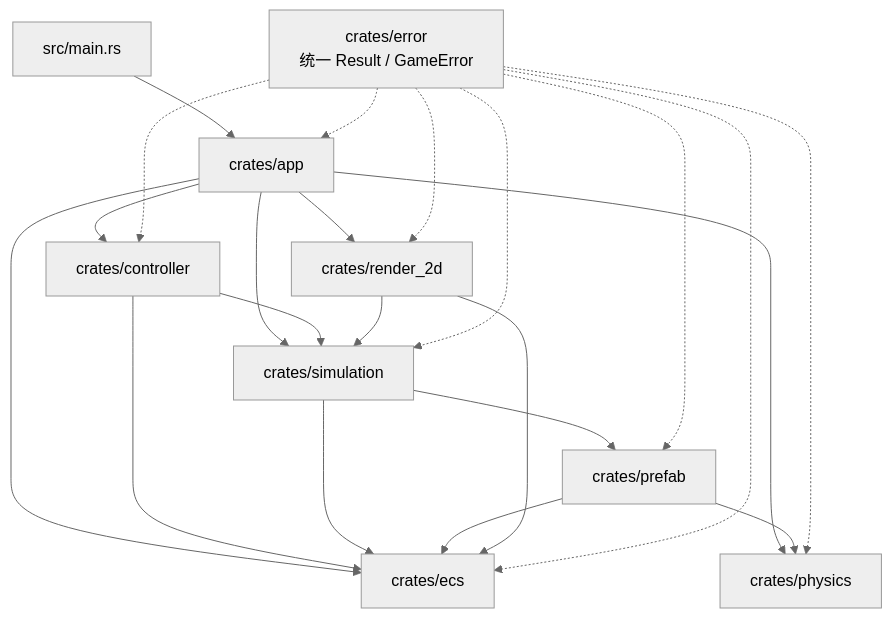
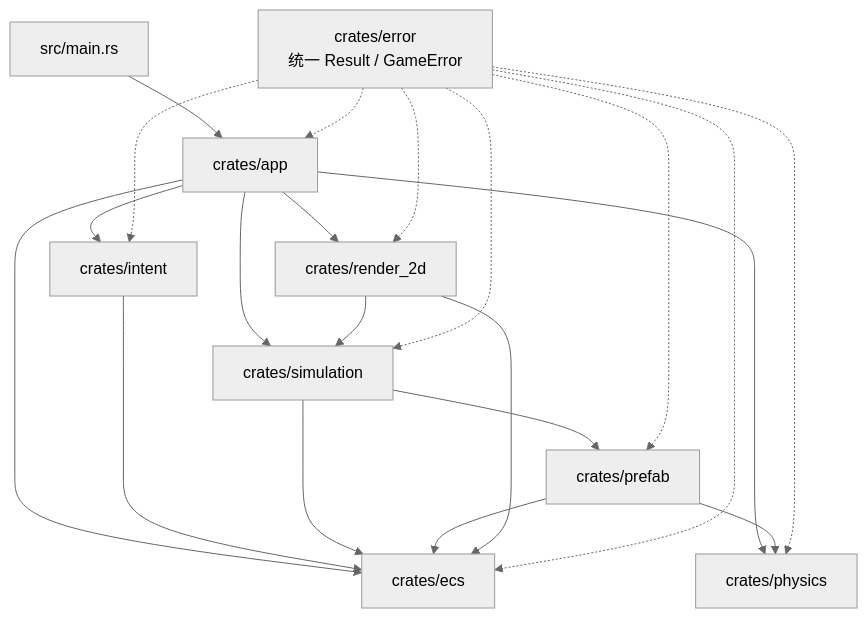
The diagram in README.md (atlas-orien/bevy-template), drawn with Mermaid (neutral theme) before and after one commit. The commit also changed other lines of this file and 33 other files, not shown here.

Commit message:
Refine intent ECS flow and rename controller crate

````diff
--- a/README.md
+++ b/README.md
@@ -58,31 +58,30 @@
 ```mermaid
 flowchart TD
     main["src/main.rs"] --> app["crates/app"]
 
     app --> ecs["crates/ecs"]
     app --> physics["crates/physics"]
     app --> simulation["crates/simulation"]
-    app --> controller["crates/controller"]
+    app --> intent["crates/intent"]
     app --> render2d["crates/render_2d"]
 
-    controller --> ecs
-    controller --> simulation
+    intent --> ecs
 
     simulation --> ecs
     simulation --> prefab["crates/prefab"]
 
     prefab --> ecs
     prefab --> physics
 
     render2d --> ecs
     render2d --> simulation
 
     error["crates/error<br/>统一 Result / GameError"]
     error -.-> app
     error -.-> ecs
     error -.-> physics
     error -.-> simulation
-    error -.-> controller
+    error -.-> intent
     error -.-> prefab
     error -.-> render2d
 ```
````
